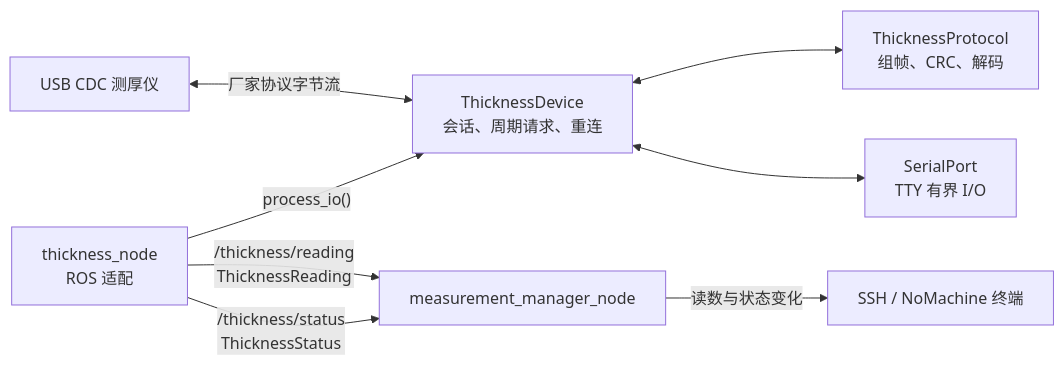
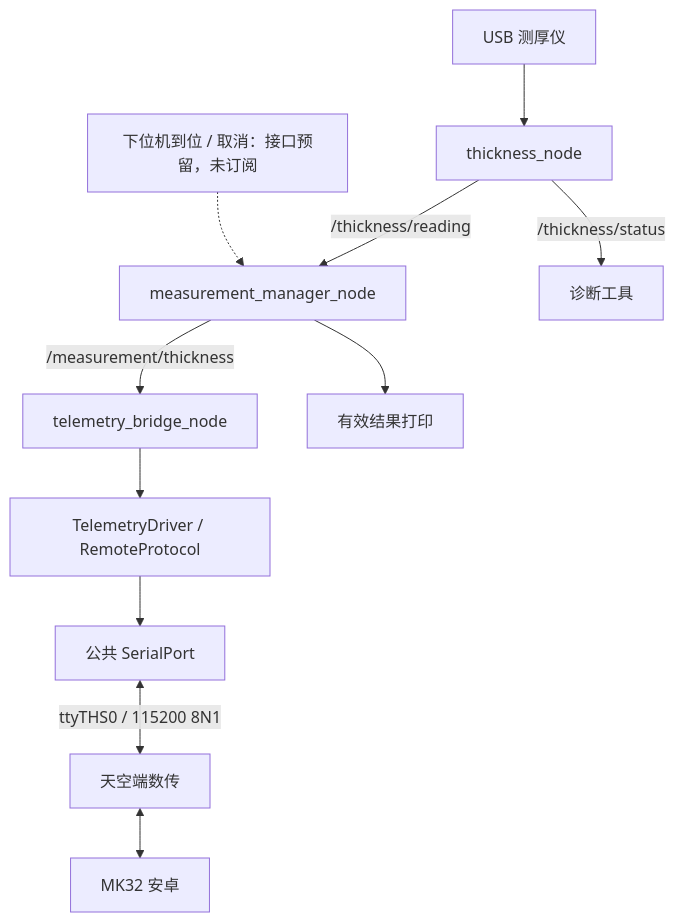
Before and after one commit to pingqiaoL/Dual_magneticd_wheel_ros2_code: the first of 2 diagrams in docs/architecture/节点通信与运行流程.md, drawn with Mermaid. The commit also changed other lines of this file and 141 other files, not shown here.

````diff
--- a/docs/architecture/节点通信与运行流程.md
+++ b/docs/architecture/节点通信与运行流程.md
@@ -10,10 +8,13 @@
 ```mermaid
-flowchart LR
-    METER["USB CDC 测厚仪"] <-->|"厂家协议字节流"| DEVICE["ThicknessDevice<br/>会话、周期请求、重连"]
-    DEVICE <--> PROTOCOL["ThicknessProtocol<br/>组帧、CRC、解码"]
-    DEVICE <--> SERIAL["SerialPort<br/>TTY 有界 I/O"]
-    NODE["thickness_node<br/>ROS 适配"] -->|"process_io()"| DEVICE
-    NODE -->|"/thickness/reading<br/>ThicknessReading"| MANAGER["measurement_manager_node"]
-    NODE -->|"/thickness/status<br/>ThicknessStatus"| MANAGER
-    MANAGER -->|"读数与状态变化"| TERMINAL["SSH / NoMachine 终端"]
+flowchart TB
+    METER["USB 测厚仪"] --> DRIVER["thickness_node"]
+    DRIVER -->|"/thickness/reading"| MANAGER["measurement_manager_node"]
+    DRIVER -->|"/thickness/status"| DIAG["诊断工具"]
+    MCU["下位机到位 / 取消：接口预留，未订阅"] -.-> MANAGER
+    MANAGER -->|"/measurement/thickness"| BRIDGE["telemetry_bridge_node"]
+    MANAGER --> LOG["有效结果打印"]
+    BRIDGE --> LINK["TelemetryDriver / RemoteProtocol"]
+    LINK --> PORT["公共 SerialPort"]
+    PORT <-->|"ttyTHS0 / 115200 8N1"| AIR["天空端数传"]
+    AIR <--> ANDROID["MK32 安卓"]
 ```
````
